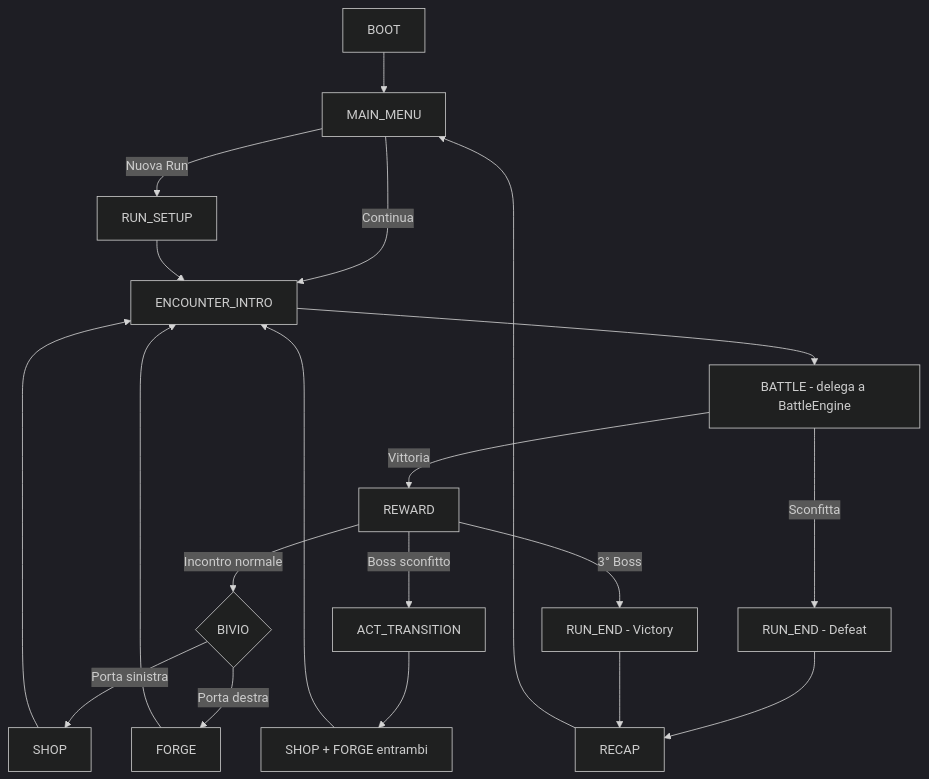
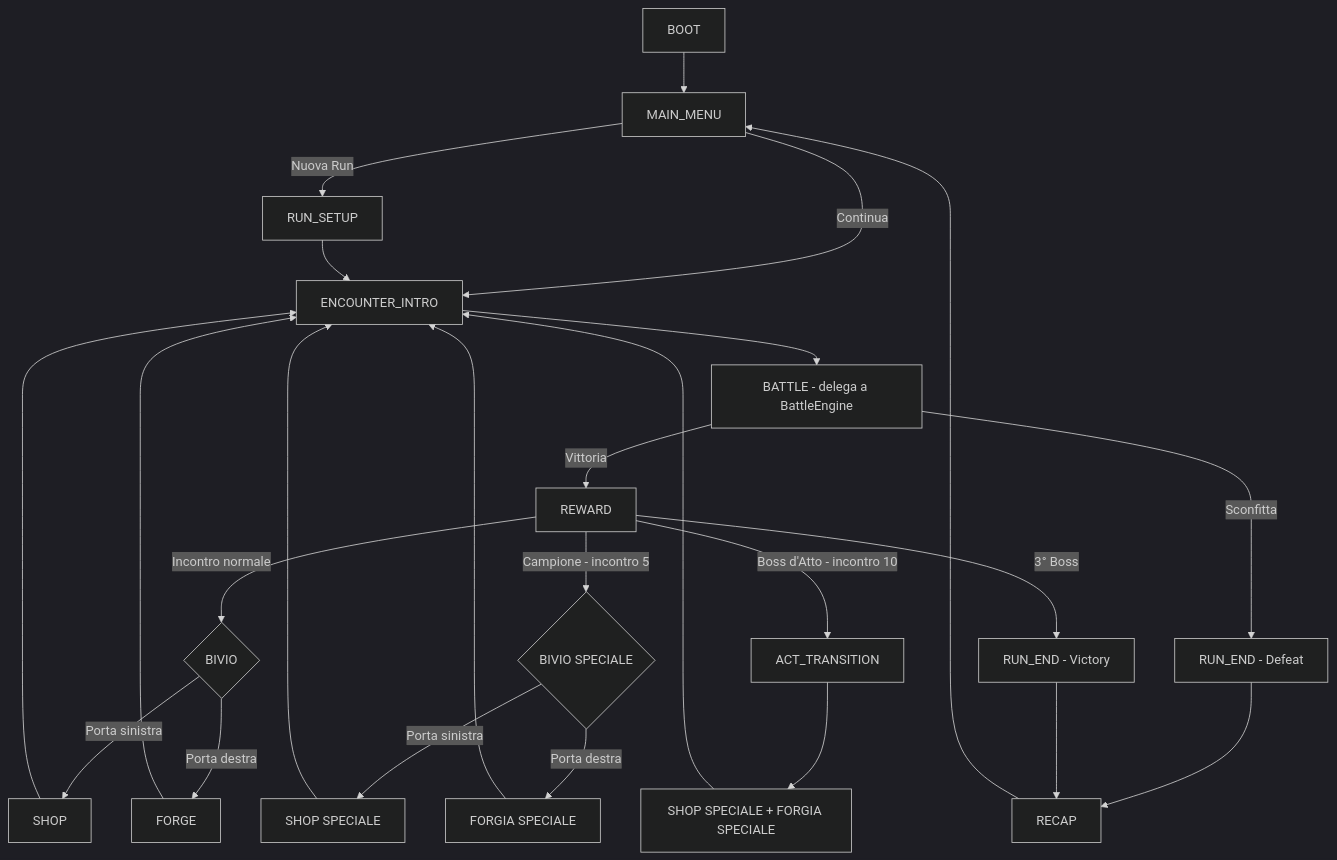
One commit to RiccardoGenco/Dice-Goblin changed the diagram in game_flow_specs.md. Above: the diagram before and after it, drawn with Mermaid (dark theme). The commit also changed other lines of this file, not shown here.

First line of the commit message:
docs: boss fight ogni 5 incontri + Mercante Reale e Gran Forgia

````diff
--- a/game_flow_specs.md
+++ b/game_flow_specs.md
@@ -9,22 +9,27 @@
 ```mermaid
 graph TD
     A[BOOT] --> B[MAIN_MENU]
     B -->|Nuova Run| C[RUN_SETUP]
     B -->|Continua| D[ENCOUNTER_INTRO]
     C --> D
     D --> E[BATTLE - delega a BattleEngine]
     E -->|Vittoria| F[REWARD]
     E -->|Sconfitta| K[RUN_END - Defeat]
     F -->|Incontro normale| G{BIVIO}
     G -->|Porta sinistra| H[SHOP]
     G -->|Porta destra| I[FORGE]
-    F -->|Boss sconfitto| J[ACT_TRANSITION]
-    J --> H2[SHOP + FORGE entrambi]
+    F -->|Campione - incontro 5| S{BIVIO SPECIALE}
+    S -->|Porta sinistra| H3[SHOP SPECIALE]
+    S -->|Porta destra| I3[FORGIA SPECIALE]
+    H3 --> D
+    I3 --> D
+    F -->|Boss d'Atto - incontro 10| J[ACT_TRANSITION]
+    J --> H2[SHOP SPECIALE + FORGIA SPECIALE]
     H --> D
     I --> D
     H2 --> D
     F -->|3° Boss| L[RUN_END - Victory]
     K --> M[RECAP]
     L --> M
     M --> B
 ```
````
